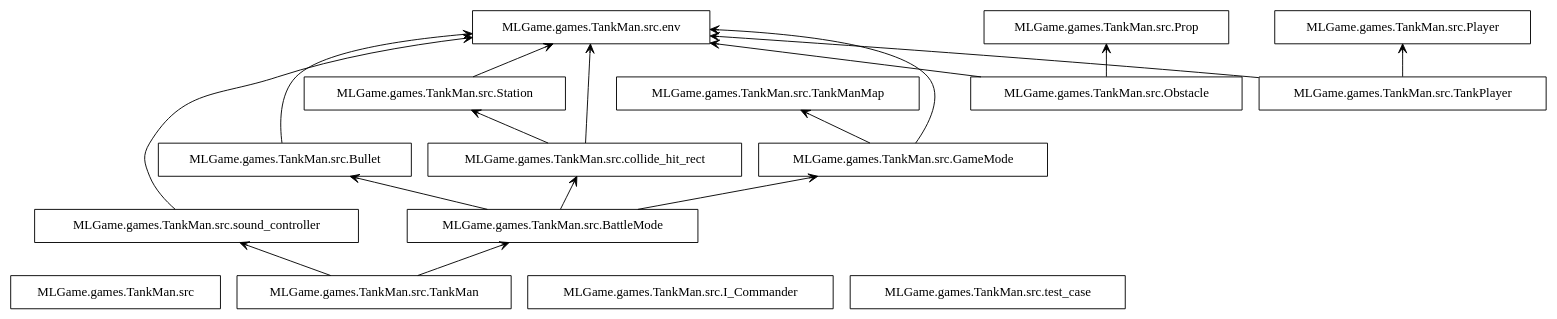
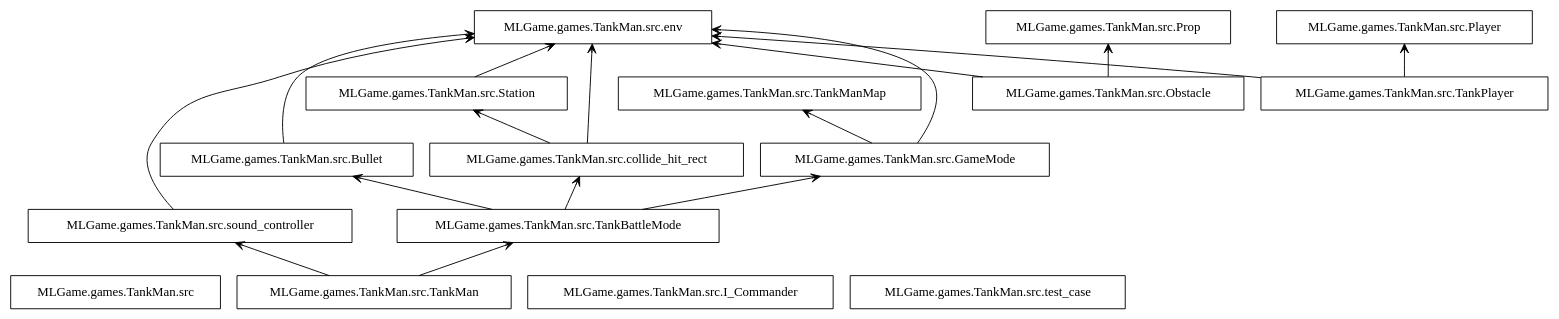
One commit to Jesse-Jumbo/TankMan changed the diagram in packages.dot. Above: the diagram before and after it, drawn with Graphviz. The commit also changed 6 other files, not shown here.

Commit message:
ready to add BattleMode(TankBattleMode) perant BattleMode

```diff
--- a/packages.dot
+++ b/packages.dot
@@ -1,36 +1,36 @@
 digraph "packages" {
 rankdir=BT
 charset="utf-8"
 "MLGame.games.TankMan.src" [color="black", label="MLGame.games.TankMan.src", shape="box", style="solid"];
-"MLGame.games.TankMan.src.BattleMode" [color="black", label="MLGame.games.TankMan.src.BattleMode", shape="box", style="solid"];
+"MLGame.games.TankMan.src.TankBattleMode" [color="black", label="MLGame.games.TankMan.src.TankBattleMode", shape="box", style="solid"];
 "MLGame.games.TankMan.src.Bullet" [color="black", label="MLGame.games.TankMan.src.Bullet", shape="box", style="solid"];
 "MLGame.games.TankMan.src.GameMode" [color="black", label="MLGame.games.TankMan.src.GameMode", shape="box", style="solid"];
 "MLGame.games.TankMan.src.I_Commander" [color="black", label="MLGame.games.TankMan.src.I_Commander", shape="box", style="solid"];
 "MLGame.games.TankMan.src.Obstacle" [color="black", label="MLGame.games.TankMan.src.Obstacle", shape="box", style="solid"];
 "MLGame.games.TankMan.src.Player" [color="black", label="MLGame.games.TankMan.src.Player", shape="box", style="solid"];
 "MLGame.games.TankMan.src.Prop" [color="black", label="MLGame.games.TankMan.src.Prop", shape="box", style="solid"];
 "MLGame.games.TankMan.src.Station" [color="black", label="MLGame.games.TankMan.src.Station", shape="box", style="solid"];
 "MLGame.games.TankMan.src.TankMan" [color="black", label="MLGame.games.TankMan.src.TankMan", shape="box", style="solid"];
 "MLGame.games.TankMan.src.TankManMap" [color="black", label="MLGame.games.TankMan.src.TankManMap", shape="box", style="solid"];
 "MLGame.games.TankMan.src.TankPlayer" [color="black", label="MLGame.games.TankMan.src.TankPlayer", shape="box", style="solid"];
 "MLGame.games.TankMan.src.collide_hit_rect" [color="black", label="MLGame.games.TankMan.src.collide_hit_rect", shape="box", style="solid"];
 "MLGame.games.TankMan.src.env" [color="black", label="MLGame.games.TankMan.src.env", shape="box", style="solid"];
 "MLGame.games.TankMan.src.sound_controller" [color="black", label="MLGame.games.TankMan.src.sound_controller", shape="box", style="solid"];
 "MLGame.games.TankMan.src.test_case" [color="black", label="MLGame.games.TankMan.src.test_case", shape="box", style="solid"];
-"MLGame.games.TankMan.src.BattleMode" -> "MLGame.games.TankMan.src.Bullet" [arrowhead="open", arrowtail="none"];
-"MLGame.games.TankMan.src.BattleMode" -> "MLGame.games.TankMan.src.GameMode" [arrowhead="open", arrowtail="none"];
-"MLGame.games.TankMan.src.BattleMode" -> "MLGame.games.TankMan.src.collide_hit_rect" [arrowhead="open", arrowtail="none"];
+"MLGame.games.TankMan.src.TankBattleMode" -> "MLGame.games.TankMan.src.Bullet" [arrowhead="open", arrowtail="none"];
+"MLGame.games.TankMan.src.TankBattleMode" -> "MLGame.games.TankMan.src.GameMode" [arrowhead="open", arrowtail="none"];
+"MLGame.games.TankMan.src.TankBattleMode" -> "MLGame.games.TankMan.src.collide_hit_rect" [arrowhead="open", arrowtail="none"];
 "MLGame.games.TankMan.src.Bullet" -> "MLGame.games.TankMan.src.env" [arrowhead="open", arrowtail="none"];
 "MLGame.games.TankMan.src.GameMode" -> "MLGame.games.TankMan.src.TankManMap" [arrowhead="open", arrowtail="none"];
 "MLGame.games.TankMan.src.GameMode" -> "MLGame.games.TankMan.src.env" [arrowhead="open", arrowtail="none"];
 "MLGame.games.TankMan.src.Obstacle" -> "MLGame.games.TankMan.src.Prop" [arrowhead="open", arrowtail="none"];
 "MLGame.games.TankMan.src.Obstacle" -> "MLGame.games.TankMan.src.env" [arrowhead="open", arrowtail="none"];
 "MLGame.games.TankMan.src.Station" -> "MLGame.games.TankMan.src.env" [arrowhead="open", arrowtail="none"];
-"MLGame.games.TankMan.src.TankMan" -> "MLGame.games.TankMan.src.BattleMode" [arrowhead="open", arrowtail="none"];
+"MLGame.games.TankMan.src.TankMan" -> "MLGame.games.TankMan.src.TankBattleMode" [arrowhead="open", arrowtail="none"];
 "MLGame.games.TankMan.src.TankMan" -> "MLGame.games.TankMan.src.sound_controller" [arrowhead="open", arrowtail="none"];
 "MLGame.games.TankMan.src.TankPlayer" -> "MLGame.games.TankMan.src.Player" [arrowhead="open", arrowtail="none"];
 "MLGame.games.TankMan.src.TankPlayer" -> "MLGame.games.TankMan.src.env" [arrowhead="open", arrowtail="none"];
 "MLGame.games.TankMan.src.collide_hit_rect" -> "MLGame.games.TankMan.src.Station" [arrowhead="open", arrowtail="none"];
 "MLGame.games.TankMan.src.collide_hit_rect" -> "MLGame.games.TankMan.src.env" [arrowhead="open", arrowtail="none"];
 "MLGame.games.TankMan.src.sound_controller" -> "MLGame.games.TankMan.src.env" [arrowhead="open", arrowtail="none"];
 }
```
